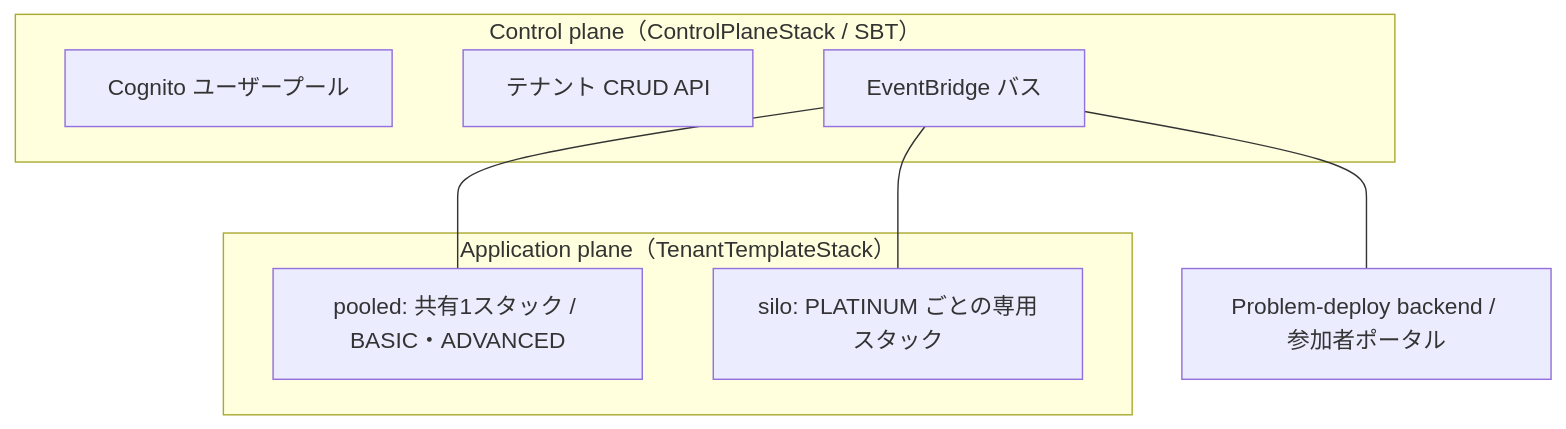
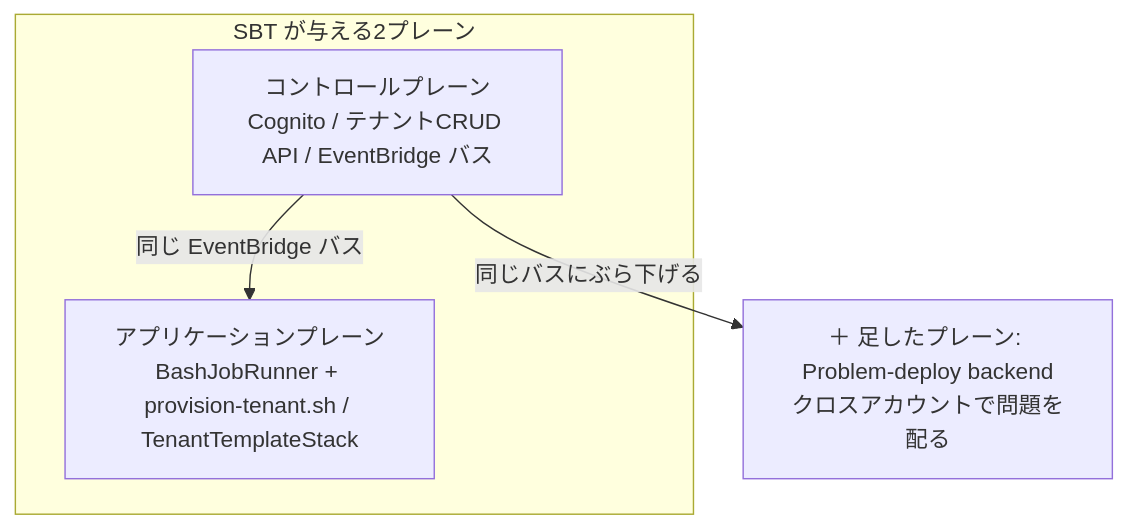
The first of 3 diagrams in articles/tenkacloud-sbt-multi-tenant-saas.md (susumutomita/zenn-article), drawn with Mermaid before and after one commit. The commit also changed other lines of this file, not shown here.

First line of the commit message:
📝 修正(articles): SBT記事を「2プレーン＋問題デプロイ層の実際の使い方」に書き直し

````diff
--- a/articles/tenkacloud-sbt-multi-tenant-saas.md
+++ b/articles/tenkacloud-sbt-multi-tenant-saas.md
@@ -43,16 +75,10 @@
 ```mermaid
 flowchart TB
-  subgraph CP["Control plane（ControlPlaneStack / SBT）"]
-    Cognito["Cognito ユーザープール"]
-    TenantAPI["テナント CRUD API"]
-    Bus["EventBridge バス"]
+  subgraph SBT["SBT が与える2プレーン"]
+    CP["コントロールプレーン<br/>Cognito / テナントCRUD API / EventBridge バス"]
+    AP["アプリケーションプレーン<br/>BashJobRunner + provision-tenant.sh / TenantTemplateStack"]
   end
-  subgraph AP["Application plane（TenantTemplateStack）"]
-    Pooled["pooled: 共有1スタック / BASIC・ADVANCED"]
-    Silo["silo: PLATINUM ごとの専用スタック"]
-  end
-  PD["Problem-deploy backend / 参加者ポータル"]
-  Bus --- Pooled
-  Bus --- Silo
-  Bus --- PD
+  Added["＋ 足したプレーン: Problem-deploy backend<br/>クロスアカウントで問題を配る"]
+  CP -->|"同じ EventBridge バス"| AP
+  CP -->|"同じバスにぶら下げる"| Added
 ```
````
